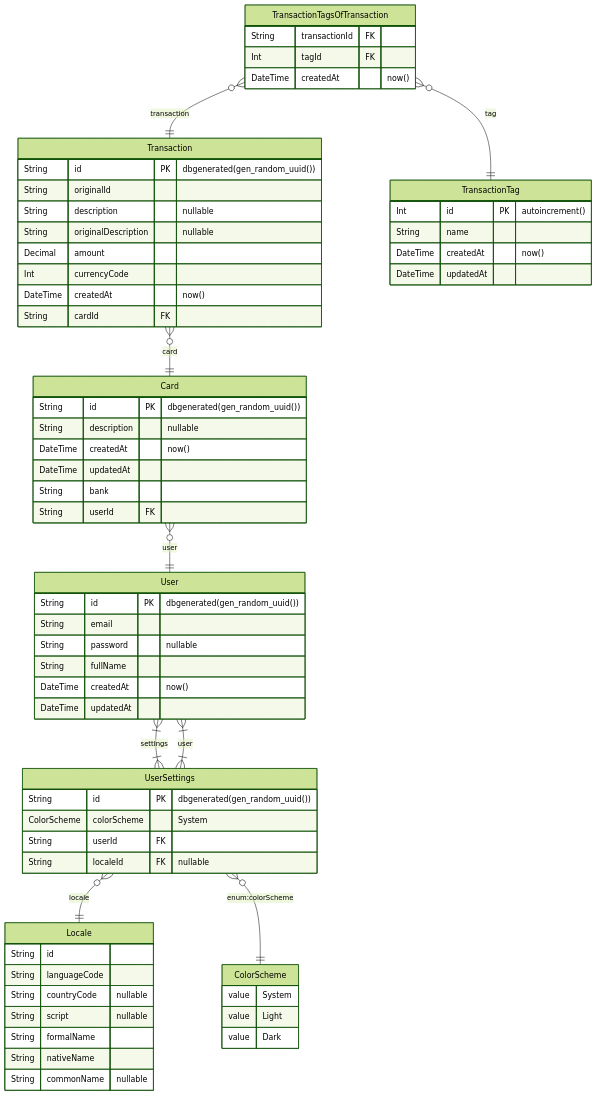
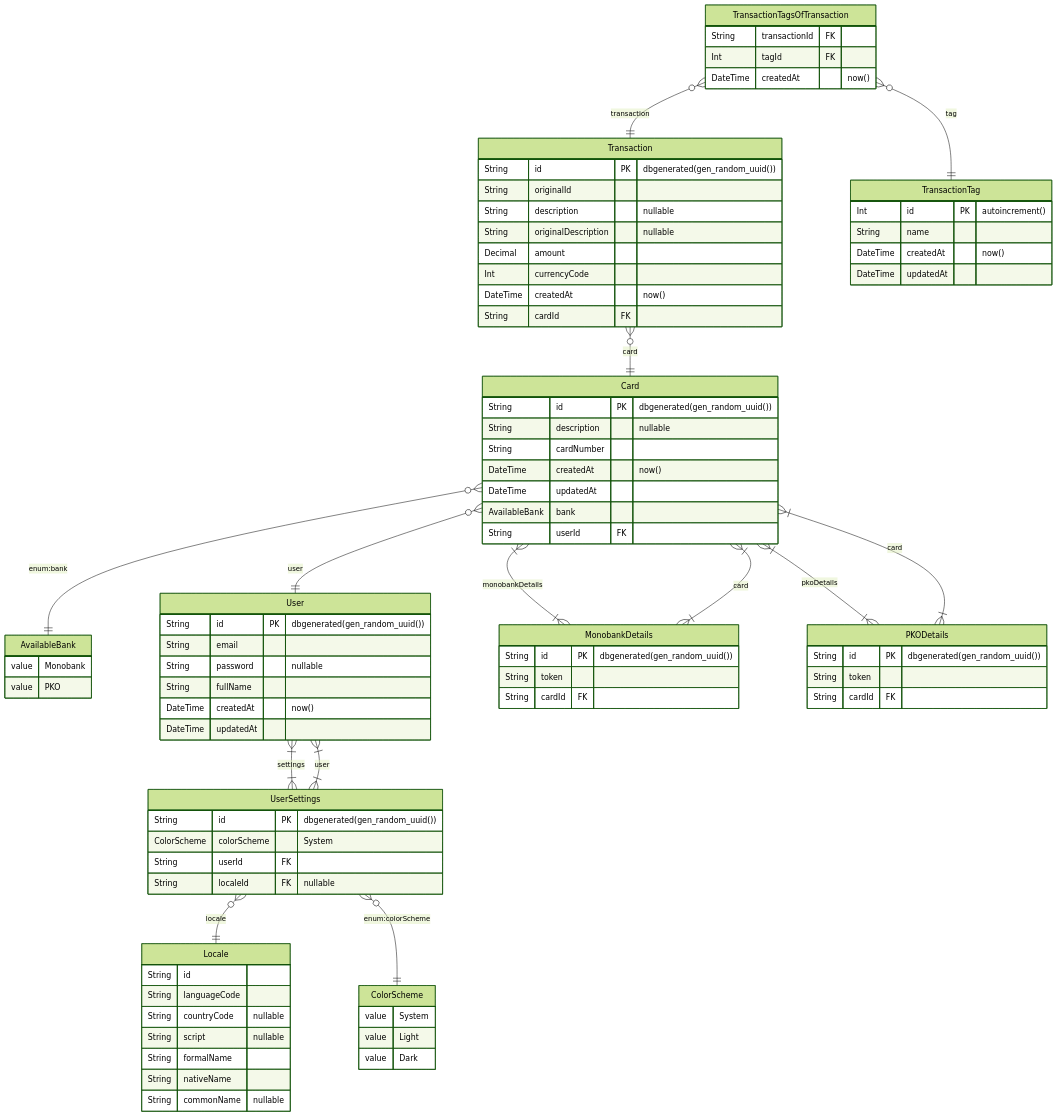
One commit to quinsberry/budget-tracking-app changed the diagram in src/shared/prisma/ERD.md. Above: the diagram before and after it, drawn with Mermaid (forest theme). The commit also changed 14 other files, not shown here.

```diff
--- a/src/shared/prisma/ERD.md
+++ b/src/shared/prisma/ERD.md
@@ -4,6 +4,10 @@
 		value System
 		value Light
 		value Dark
+	}
+	AvailableBank {
+		value Monobank
+		value PKO
 	}
 	User {
 		String id PK  "dbgenerated(gen_random_uuid())"
@@ -31,10 +35,21 @@
 	Card {
 		String id PK  "dbgenerated(gen_random_uuid())"
 		String description  "nullable"
+		String cardNumber
 		DateTime createdAt  "now()"
 		DateTime updatedAt
-		String bank
+		AvailableBank bank
 		String userId FK
+	}
+	MonobankDetails {
+		String id PK  "dbgenerated(gen_random_uuid())"
+		String token
+		String cardId FK
+	}
+	PKODetails {
+		String id PK  "dbgenerated(gen_random_uuid())"
+		String token
+		String cardId FK
 	}
 	Transaction {
 		String id PK  "dbgenerated(gen_random_uuid())"
@@ -61,7 +76,12 @@
 	UserSettings }|--|{ User : user
 	UserSettings }o--|| Locale : locale
 	UserSettings }o--|| ColorScheme : "enum:colorScheme"
+	Card }|--|{ MonobankDetails : monobankDetails
+	Card }|--|{ PKODetails : pkoDetails
 	Card }o--|| User : user
+	Card }o--|| AvailableBank : "enum:bank"
+	MonobankDetails }|--|{ Card : card
+	PKODetails }|--|{ Card : card
 	Transaction }o--|| Card : card
 	TransactionTagsOfTransaction }o--|| Transaction : transaction
 	TransactionTagsOfTransaction }o--|| TransactionTag : tag
```
